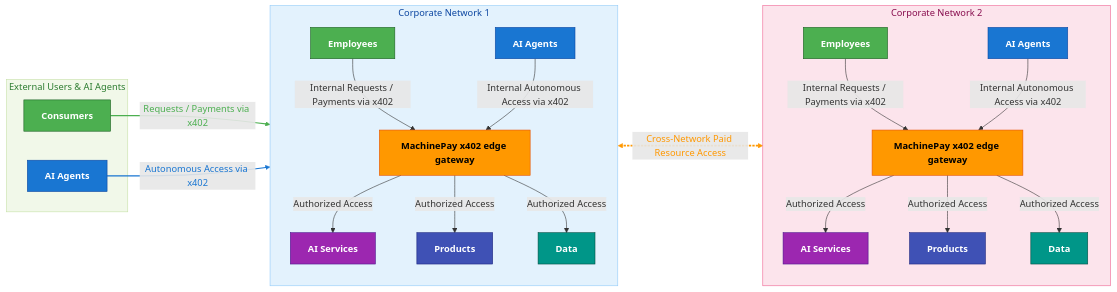
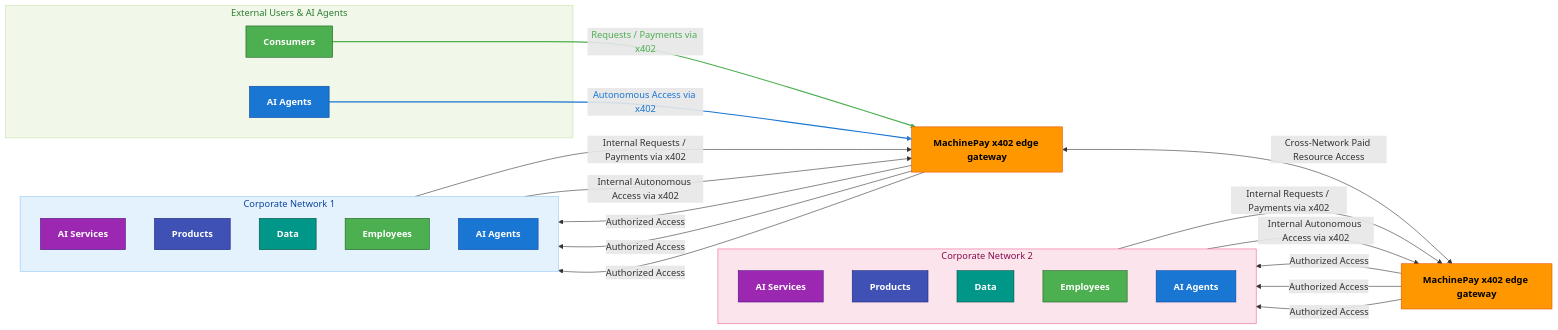
Before and after one commit to skalenetwork/machinepal: the diagram in README.md, drawn with Mermaid.

Commit message:
Refine README network diagrams for clarity and accuracy

````diff
--- a/README.md
+++ b/README.md
@@ -61,10 +61,13 @@
 A1["AI Agents"]
 end
 
-    %% Corporate Network 1
+    %% Gateways at boundary (moved outside corporate subgraphs)
+    MP["MachinePay x402 edge gateway"]
+    MP2["MachinePay x402 edge gateway"]
+
+    %% Corporate Network 1 (internal resources & users only)
     subgraph Corporate_Network["Corporate Network 1"]
         direction TB
-        MP["MachinePay x402 edge gateway"]
         AI1["AI Services"]
         AI2["Products"]
         AI3["Data"]
@@ -72,10 +75,9 @@
         HA1["AI Agents"]
     end
 
-    %% Corporate Network 2
+    %% Corporate Network 2 (internal resources & users only)
     subgraph Corporate_Network_2["Corporate Network 2"]
         direction TB
-        MP2["MachinePay x402 edge gateway"]
         AI1B["AI Services"]
         AI2B["Products"]
         AI3B["Data"]
@@ -135,9 +137,7 @@
     style Corporate_Network_2 fill:#fce4ec,stroke:#f06292,color:#880e4f;
     style External_World fill:#f1f8e9,stroke:#c5e1a5,color:#2e7d32;
 
-    %% Link styling (external + aggregated cross-network)
+    %% Link styling (external edges only for simplicity)
     linkStyle 0 stroke:#4caf50,color:#4caf50,stroke-width:2px;
     linkStyle 1 stroke:#1976d2,color:#1976d2,stroke-width:2px;
-    %% Cross-network edge index (after preceding edges) is 12
-    linkStyle 12 stroke:#ff9800,color:#ff9800,stroke-width:3px,stroke-dasharray:4 2;
 ```
````
